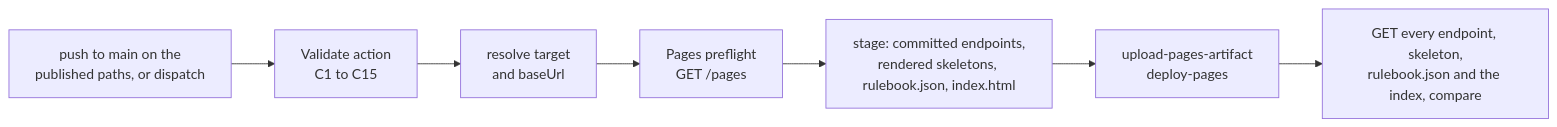
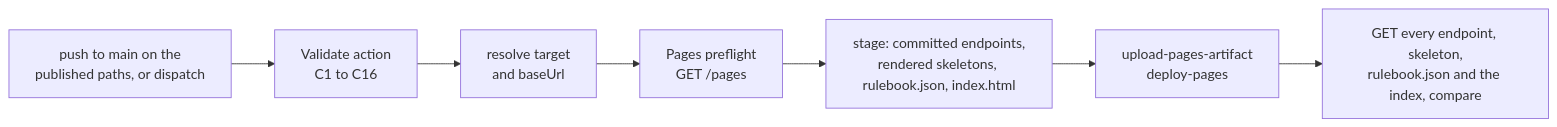
Before and after one commit to ALCops/rulebook-engine: the third of 6 diagrams in docs/ARCHITECTURE.md, drawn with Mermaid. The commit also changed other lines of this file and 10 other files, not shown here.

````diff
--- a/docs/ARCHITECTURE.md
+++ b/docs/ARCHITECTURE.md
@@ -362,9 +363,9 @@
 ```mermaid
 flowchart LR
-    push[push to main on the<br/>published paths, or dispatch] --> val[Validate action<br/>C1 to C15]
+    push[push to main on the<br/>published paths, or dispatch] --> val[Validate action<br/>C1 to C16]
     val --> res[resolve target<br/>and baseUrl]
     res --> pre[Pages preflight<br/>GET /pages]
     pre --> stage[stage: committed endpoints,<br/>rendered skeletons, rulebook.json, index.html]
     stage --> dep[upload-pages-artifact<br/>deploy-pages]
     dep --> chk[GET every endpoint, skeleton,<br/>rulebook.json and the index, compare]
 ```
````
